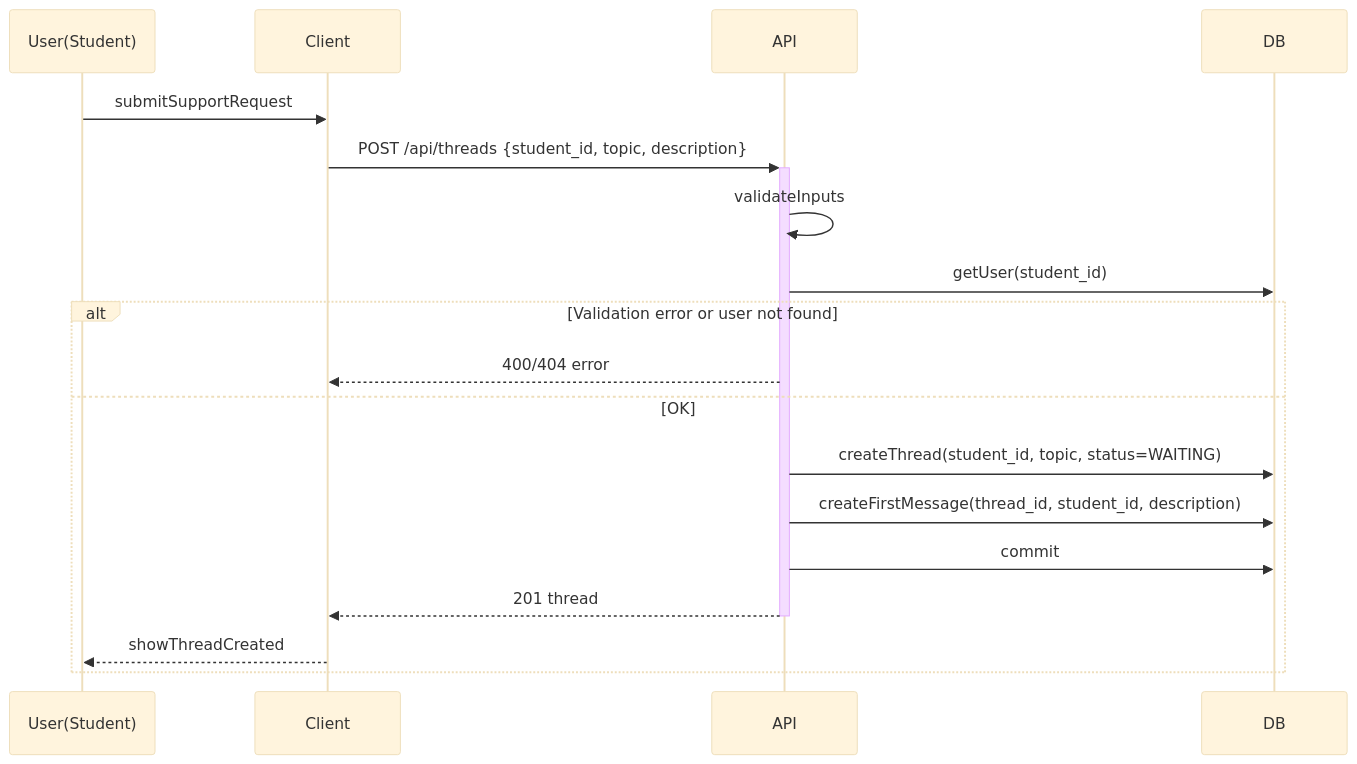
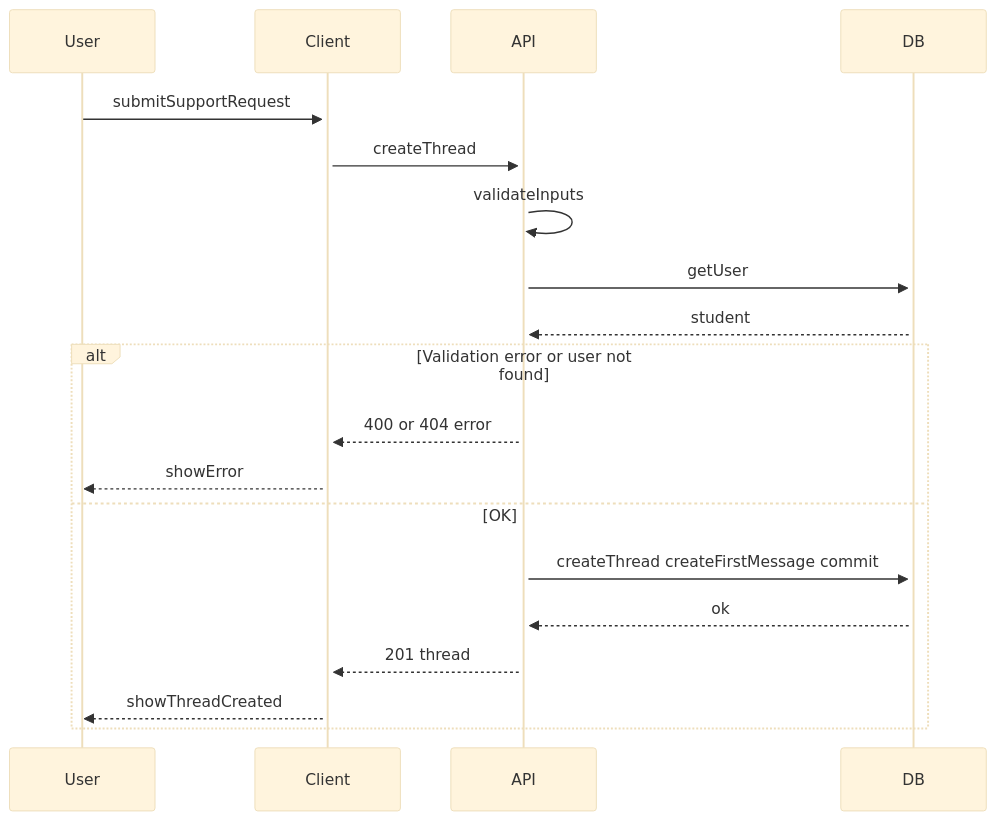
One commit to sandyleedev/student-mental-support-app changed the diagram in docs/sequence-create-thread.md. Above: the diagram before and after it, drawn with Mermaid (base theme). The commit also changed other lines of this file and 3 other files, not shown here.

````diff
--- a/docs/sequence-create-thread.md
+++ b/docs/sequence-create-thread.md
@@ -5,23 +5,23 @@
 ```mermaid
 sequenceDiagram
-    participant User(Student)
+    participant User
     participant Client
     participant API
     participant DB
 
-    User(Student)->>Client: submitSupportRequest
-    Client->>+API: POST /api/threads {student_id, topic, description}
-
+    User->>+Client: submitSupportRequest
+    Client->>+API: createThread
     API->>API: validateInputs
-    API->>DB: getUser(student_id)
+    API->>+DB: getUser
+    DB-->>API: student
 
     alt Validation error or user not found
-        API-->>Client: 400/404 error
+        API-->>Client: 400 or 404 error
+        Client-->>User: showError
     else OK
-        API->>DB: createThread(student_id, topic, status=WAITING)
-        API->>DB: createFirstMessage(thread_id, student_id, description)
-        API->>DB: commit
-        API-->>-Client: 201 thread
-        Client-->>User(Student): showThreadCreated
+        API->>DB: createThread createFirstMessage commit
+        DB-->>API: ok
+        API-->>Client: 201 thread
+        Client-->>User: showThreadCreated
     end
 ```
````
